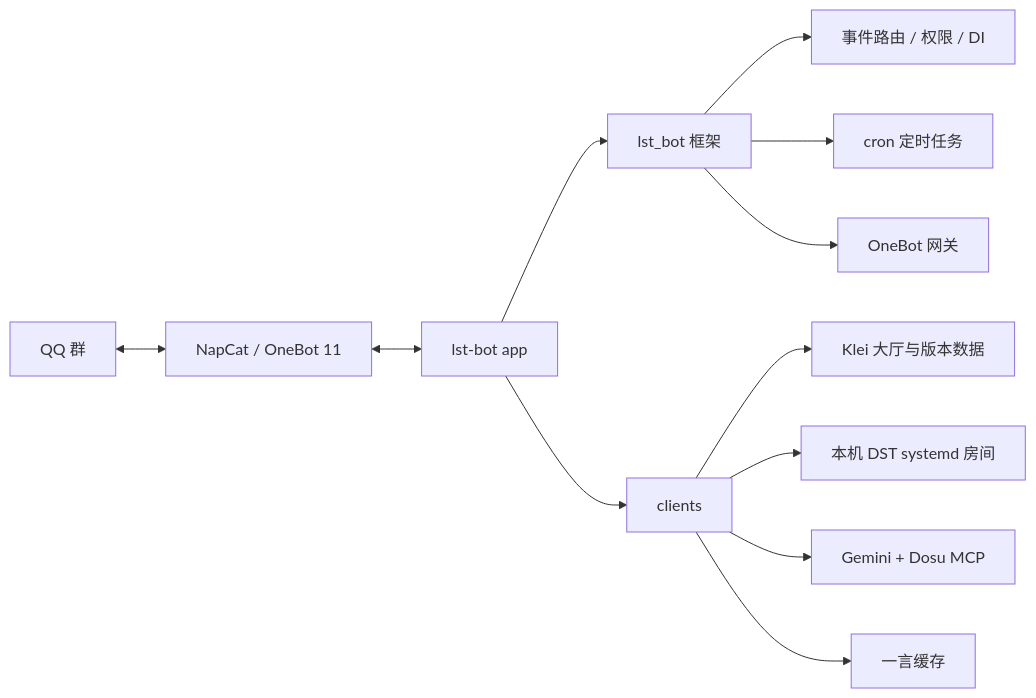
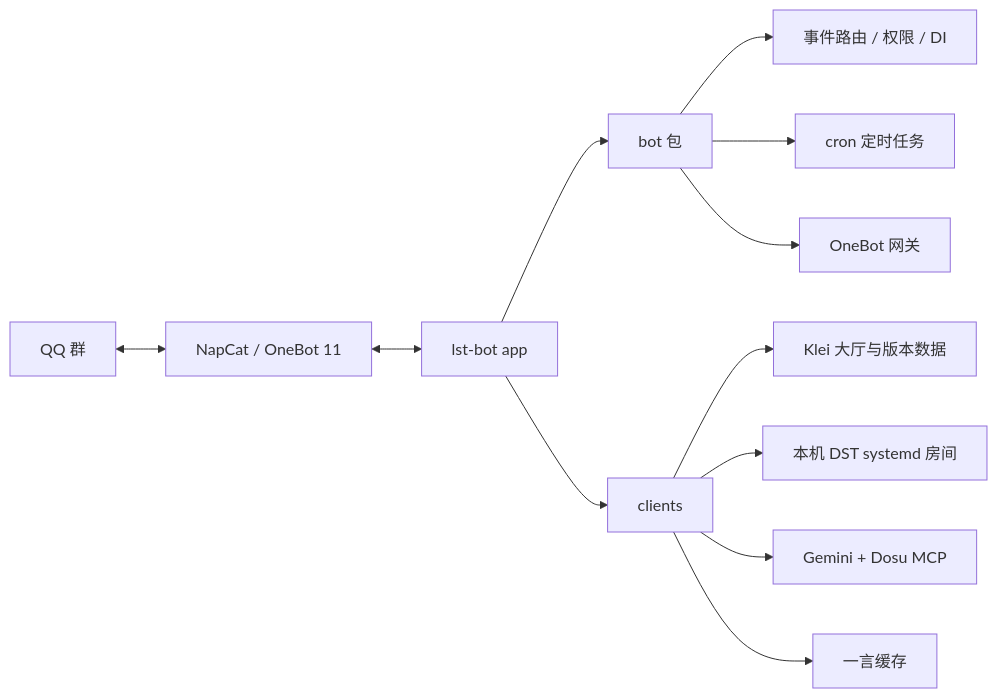
One commit to WH-2099/lst-bot changed the diagram in README.zh-Hans.md. Above: the diagram before and after it, drawn with Mermaid. The commit also changed other lines of this file and 131 other files, not shown here.

````diff
--- a/README.zh-Hans.md
+++ b/README.zh-Hans.md
@@ -24,16 +24,16 @@
 ```mermaid
 flowchart LR
     QQ[QQ 群] <--> NapCat[NapCat / OneBot 11]
     NapCat <--> Bot[lst-bot app]
 
-    Bot --> Framework[lst_bot 框架]
+    Bot --> Framework[bot 包]
     Framework --> Router[事件路由 / 权限 / DI]
     Framework --> Scheduler[cron 定时任务]
     Framework --> Gateway[OneBot 网关]
 
     Bot --> Clients[clients]
     Clients --> Klei[Klei 大厅与版本数据]
     Clients --> DST[本机 DST systemd 房间]
     Clients --> AI[Gemini + Dosu MCP]
     Clients --> Hitokoto[一言缓存]
 ```
````
